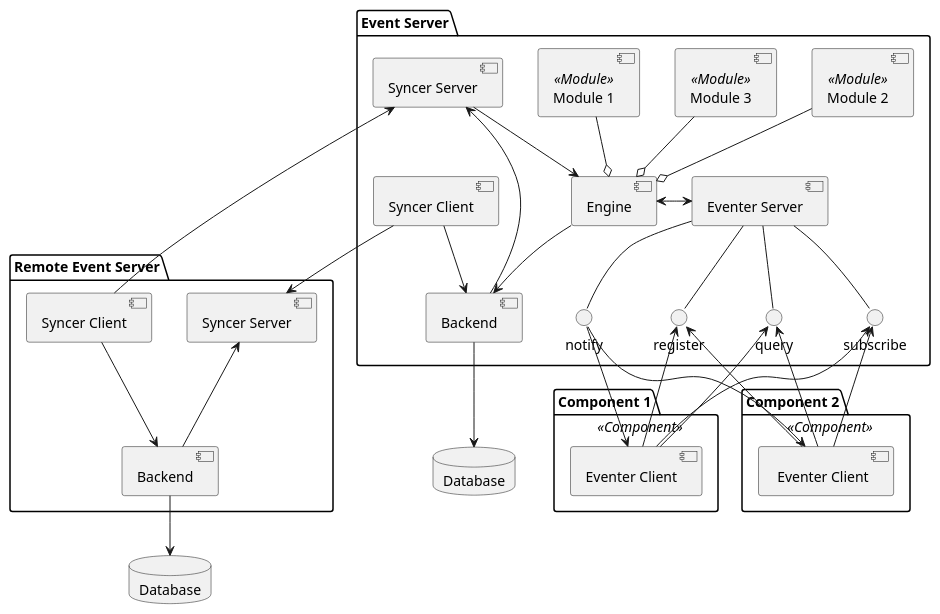
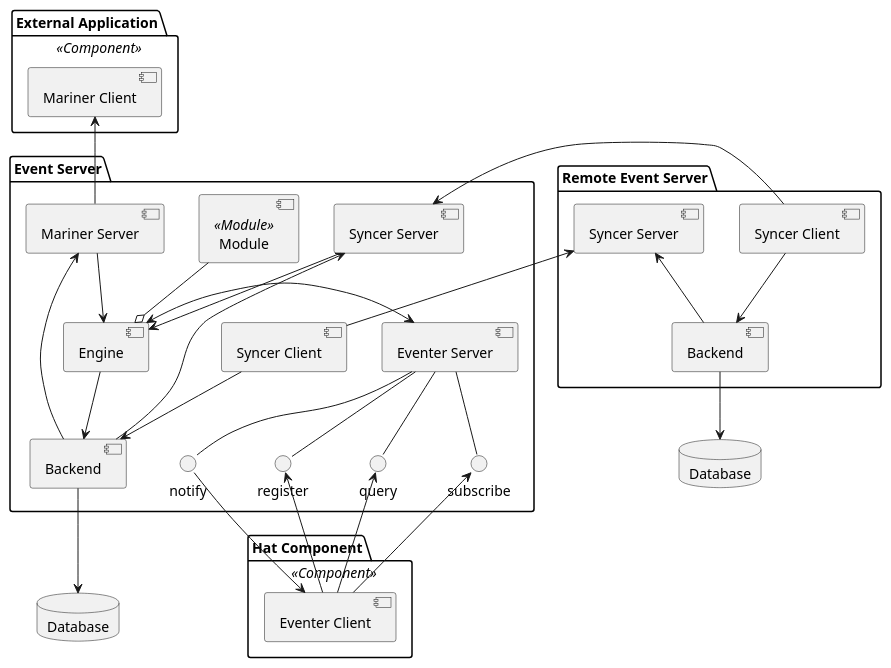
The diagram in docs/server.rst (hat-open/hat-event), drawn with PlantUML before and after one commit. The commit also changed other lines of this file and 36 other files, not shown here.

```diff
--- a/docs/server.rst
+++ b/docs/server.rst
@@ -70,69 +71,65 @@
 .. uml::
 
-    folder "Component 1" <<Component>> {
-        component "Eventer Client" as EventerClient1
+    folder "Hat Component" <<Component>> {
+        component "Eventer Client" as EventerClient
     }
 
-    folder "Component 2" <<Component>> {
-        component " Eventer Client" as EventerClient2
+    folder "External Application" <<Component>> {
+        component "Mariner Client" as MarinerClient
     }
 
     folder "Event Server" {
         component "Eventer Server" as EventerServer
         component "Engine" as Engine
-        component "Module 1" <<Module>> as Module1
-        component "Module 2" <<Module>> as Module2
-        component "Module 3" <<Module>> as Module3
+        component "Module" <<Module>> as Module
         component "Backend" as Backend
         component "Syncer Server" as SyncerServer
         component "Syncer Client" as SyncerClient
+        component "Mariner Server" as MarinerServer
 
         interface subscribe
         interface notify
         interface register
         interface query
     }
 
     folder "Remote Event Server" {
         component "Syncer Server" as RemoteSyncerServer
         component "Syncer Client" as RemoteSyncerClient
         component "Backend" as RemoteBackend
     }
 
     database "Database" as Database
     database "Database" as RemoteDatabase
 
     EventerServer -- subscribe
     EventerServer -- notify
     EventerServer -- register
     EventerServer -- query
 
-    subscribe <-- EventerClient1
-    notify --> EventerClient1
-    register <-- EventerClient1
-    query <-- EventerClient1
-
-    subscribe <-- EventerClient2
-    notify --> EventerClient2
-    register <-- EventerClient2
-    query <-- EventerClient2
+    subscribe <-- EventerClient
+    notify --> EventerClient
+    register <-- EventerClient
+    query <-- EventerClient
 
     Engine <-> EventerServer
     Engine --> Backend
 
-    Module1 --o Engine
-    Module2 --o Engine
-    Module3 --o Engine
+    Module --o Engine
 
     Backend --> Database
 
     SyncerServer <-- Backend
     SyncerClient --> Backend
     SyncerServer --> Engine
 
     RemoteSyncerServer <-- RemoteBackend
     RemoteSyncerClient --> RemoteBackend
     RemoteBackend --> RemoteDatabase
 
-    RemoteSyncerClient --> SyncerServer
-    SyncerClient --> RemoteSyncerServer
+    RemoteSyncerClient -> SyncerServer
+    SyncerClient -> RemoteSyncerServer
+
+    MarinerClient <-- MarinerServer
+    MarinerServer <-- Backend
+    MarinerServer --> Engine
```
